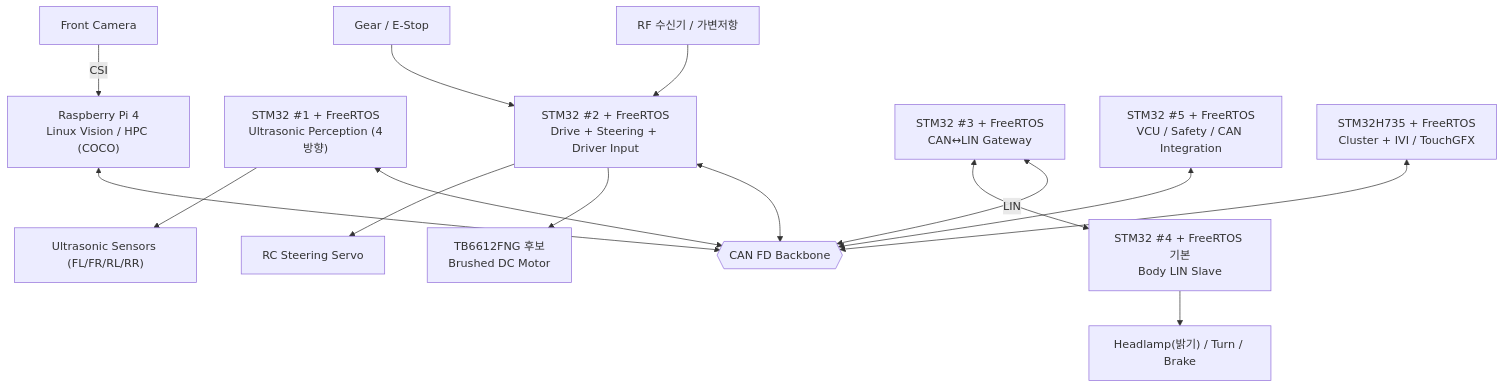
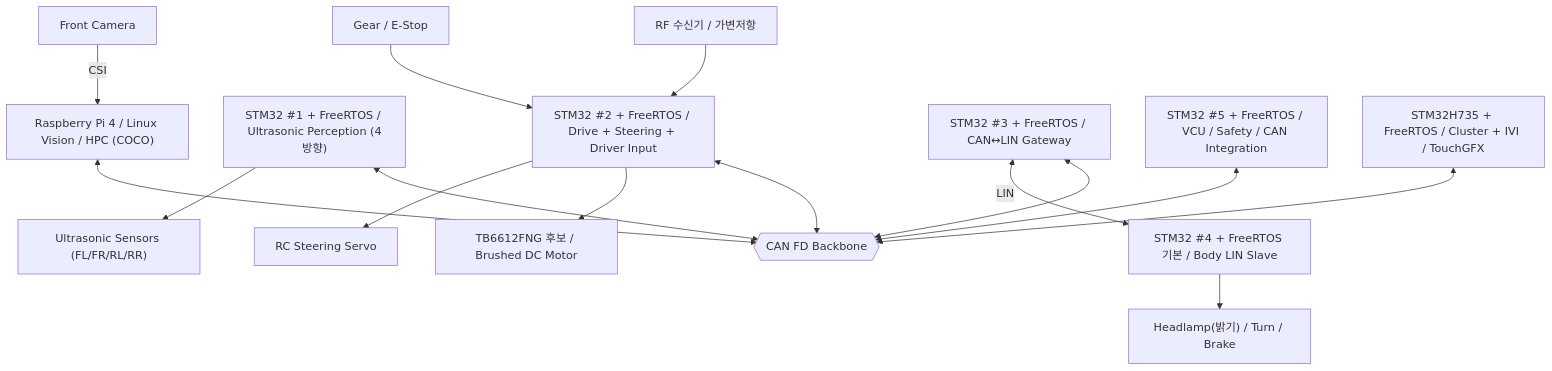
Before and after one commit to sunmaan22/SDV_MCU_Project: the second of 2 diagrams in docs/overview/PROJECT_OVERVIEW.md, drawn with Mermaid. The commit also changed other lines of this file and 33 other files, not shown here.

````diff
--- a/docs/overview/PROJECT_OVERVIEW.md
+++ b/docs/overview/PROJECT_OVERVIEW.md
@@ -182,23 +182,23 @@
 ```mermaid
 flowchart TB
-    FCAM["Front Camera"] -->|CSI| HPC["Raspberry Pi 4\nLinux Vision / HPC (COCO)"]
+    FCAM["Front Camera"] -->|"CSI"| HPC["Raspberry Pi 4 / Linux Vision / HPC (COCO)"]
 
     CAN{{"CAN FD Backbone"}}
     HPC <--> CAN
 
-    USS["STM32 #1 + FreeRTOS\nUltrasonic Perception (4방향)"] <--> CAN
-    DRIVE["STM32 #2 + FreeRTOS\nDrive + Steering + Driver Input"] <--> CAN
-    GW["STM32 #3 + FreeRTOS\nCAN↔LIN Gateway"] <--> CAN
-    VCU["STM32 #5 + FreeRTOS\nVCU / Safety / CAN Integration"] <--> CAN
-    COCKPIT["STM32H735 + FreeRTOS\nCluster + IVI / TouchGFX"] <--> CAN
+    USS["STM32 #1 + FreeRTOS / Ultrasonic Perception (4방향)"] <--> CAN
+    DRIVE["STM32 #2 + FreeRTOS / Drive + Steering + Driver Input"] <--> CAN
+    GW["STM32 #3 + FreeRTOS / CAN↔LIN Gateway"] <--> CAN
+    VCU["STM32 #5 + FreeRTOS / VCU / Safety / CAN Integration"] <--> CAN
+    COCKPIT["STM32H735 + FreeRTOS / Cluster + IVI / TouchGFX"] <--> CAN
 
     USS --> US["Ultrasonic Sensors (FL/FR/RL/RR)"]
-    DRIVE --> TB["TB6612FNG 후보\nBrushed DC Motor"]
+    DRIVE --> TB["TB6612FNG 후보 / Brushed DC Motor"]
     DRIVE --> SERVO["RC Steering Servo"]
     DRIVERIN["RF 수신기 / 가변저항"] --> DRIVE
 
-    GW <-->|LIN| BODY["STM32 #4 + FreeRTOS 기본\nBody LIN Slave"]
+    GW <-->|"LIN"| BODY["STM32 #4 + FreeRTOS 기본 / Body LIN Slave"]
     BODY --> LIGHT["Headlamp(밝기) / Turn / Brake"]
 
     GEAR["Gear / E-Stop"] --> DRIVE
 ```
````
